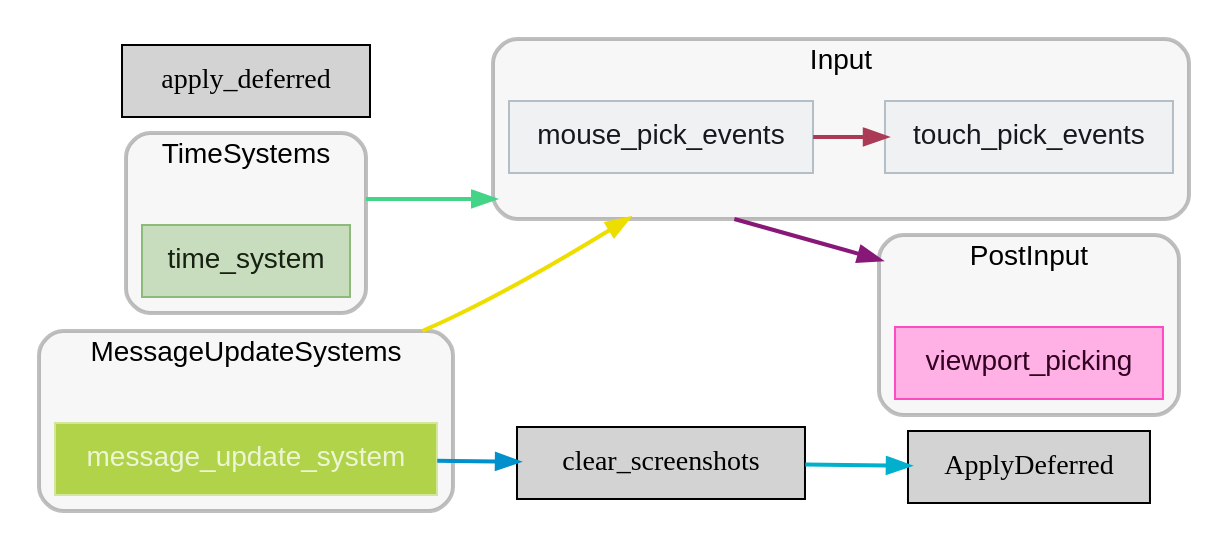
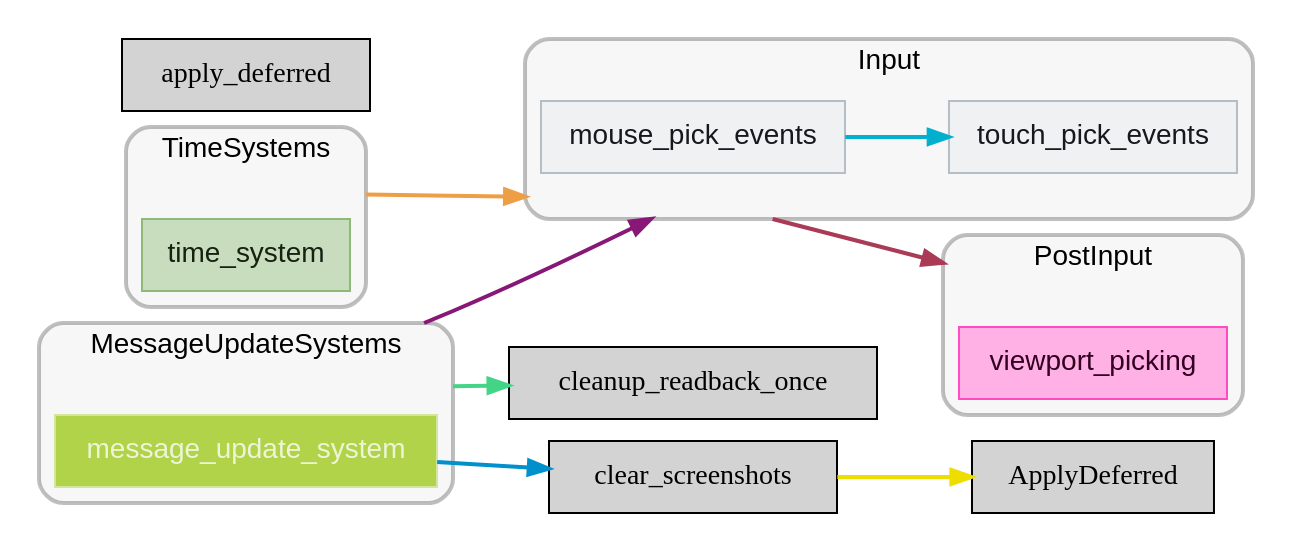
The diagram in docs/schedule/light/schedule_First.dot (jakobhellermann/bevy_mod_debugdump), drawn with Graphviz before and after one commit. The commit also changed 74 other files, not shown here.

```diff
--- a/docs/schedule/light/schedule_First.dot
+++ b/docs/schedule/light/schedule_First.dot
@@ -1,67 +1,69 @@
 digraph "" {
 	"compound"="true";
 	"splines"="spline";
 	"rankdir"="LR";
 	"bgcolor"="white";
 	"fontname"="Helvetica";
 	"nodesep"="0.15";
 	edge ["penwidth"="2"];
 	node ["shape"="box", "style"="filled"];
 	subgraph "clusternode_Set(SystemSetKey(2v1))" {
 		"style"="rounded,filled";
 		"label"="MessageUpdateSystems";
 		"tooltip"="MessageUpdateSystems";
 		"fillcolor"="#00000008";
 		"fontcolor"="#000000";
 		"color"="#00000040";
 		"penwidth"="2";
 		"set_marker_node_Set(SystemSetKey(2v1))" ["style"="invis", "label"="", "shape"="point"]
 		"node_System(SystemKey(1v1))" ["label"="message_update_system", "tooltip"="bevy_ecs::message::update::message_update_system", "fillcolor"="#b0d34a", "fontname"="Helvetica", "fontcolor"="#edf5d5", "color"="#d3e69c", "penwidth"="1"]
 	}
 	
 	subgraph "clusternode_Set(SystemSetKey(4v1))" {
 		"style"="rounded,filled";
 		"label"="TimeSystems";
 		"tooltip"="TimeSystems";
 		"fillcolor"="#00000008";
 		"fontcolor"="#000000";
 		"color"="#00000040";
 		"penwidth"="2";
 		"set_marker_node_Set(SystemSetKey(4v1))" ["style"="invis", "label"="", "shape"="point"]
 		"node_System(SystemKey(2v1))" ["label"="time_system", "tooltip"="bevy_time::time_system", "fillcolor"="#c7ddbd", "fontname"="Helvetica", "fontcolor"="#162111", "color"="#8dba79", "penwidth"="1"]
 	}
 	
-	subgraph "clusternode_Set(SystemSetKey(8v1))" {
+	subgraph "clusternode_Set(SystemSetKey(9v1))" {
 		"style"="rounded,filled";
 		"label"="PostInput";
 		"tooltip"="PostInput";
 		"fillcolor"="#00000008";
 		"fontcolor"="#000000";
 		"color"="#00000040";
 		"penwidth"="2";
-		"set_marker_node_Set(SystemSetKey(8v1))" ["style"="invis", "label"="", "shape"="point"]
-		"node_System(SystemKey(4v1))" ["label"="viewport_picking", "tooltip"="bevy_ui::widget::viewport::viewport_picking", "fillcolor"="#ffb1e5", "fontname"="Helvetica", "fontcolor"="#320021", "color"="#ff4bc2", "penwidth"="1"]
+		"set_marker_node_Set(SystemSetKey(9v1))" ["style"="invis", "label"="", "shape"="point"]
+		"node_System(SystemKey(5v1))" ["label"="viewport_picking", "tooltip"="bevy_ui::widget::viewport::viewport_picking", "fillcolor"="#ffb1e5", "fontname"="Helvetica", "fontcolor"="#320021", "color"="#ff4bc2", "penwidth"="1"]
 	}
 	
-	subgraph "clusternode_Set(SystemSetKey(10v1))" {
+	subgraph "clusternode_Set(SystemSetKey(11v1))" {
 		"style"="rounded,filled";
 		"label"="Input";
 		"tooltip"="Input";
 		"fillcolor"="#00000008";
 		"fontcolor"="#000000";
 		"color"="#00000040";
 		"penwidth"="2";
-		"set_marker_node_Set(SystemSetKey(10v1))" ["style"="invis", "label"="", "shape"="point"]
-		"node_System(SystemKey(5v1))" ["label"="mouse_pick_events", "tooltip"="bevy_picking::input::mouse_pick_events", "fillcolor"="#eff1f3", "fontname"="Helvetica", "fontcolor"="#15191d", "color"="#b4bec7", "penwidth"="1"]
-		"node_System(SystemKey(6v1))" ["label"="touch_pick_events", "tooltip"="bevy_picking::input::touch_pick_events", "fillcolor"="#eff1f3", "fontname"="Helvetica", "fontcolor"="#15191d", "color"="#b4bec7", "penwidth"="1"]
+		"set_marker_node_Set(SystemSetKey(11v1))" ["style"="invis", "label"="", "shape"="point"]
+		"node_System(SystemKey(6v1))" ["label"="mouse_pick_events", "tooltip"="bevy_picking::input::mouse_pick_events", "fillcolor"="#eff1f3", "fontname"="Helvetica", "fontcolor"="#15191d", "color"="#b4bec7", "penwidth"="1"]
+		"node_System(SystemKey(7v1))" ["label"="touch_pick_events", "tooltip"="bevy_picking::input::touch_pick_events", "fillcolor"="#eff1f3", "fontname"="Helvetica", "fontcolor"="#15191d", "color"="#b4bec7", "penwidth"="1"]
 	}
 	
 	"node_System(SystemKey(3v1))" ["label"="clear_screenshots", "tooltip"="bevy_render::view::window::screenshot::clear_screenshots"]
-	"node_System(SystemKey(7v1))" ["label"="apply_deferred", "tooltip"="bevy_ecs::apply_deferred"]
-	"set_marker_node_Set(SystemSetKey(2v1))" -> "set_marker_node_Set(SystemSetKey(10v1))" ["lhead"="clusternode_Set(SystemSetKey(10v1))", "ltail"="clusternode_Set(SystemSetKey(2v1))", "tooltip"="MessageUpdateSystems → Input", "color"="#eede00"]
-	"set_marker_node_Set(SystemSetKey(10v1))" -> "set_marker_node_Set(SystemSetKey(8v1))" ["lhead"="clusternode_Set(SystemSetKey(8v1))", "ltail"="clusternode_Set(SystemSetKey(10v1))", "tooltip"="Input → PostInput", "color"="#881877"]
-	"node_System(SystemKey(3v1))" -> "ApplyDeferred" ["lhead"="", "ltail"="", "tooltip"="clear_screenshots → SystemTypeSet:bevy_ecs::schedule::executor::ApplyDeferred", "color"="#00b0cc"]
-	"node_System(SystemKey(5v1))" -> "node_System(SystemKey(6v1))" ["lhead"="", "ltail"="", "tooltip"="mouse_pick_events → touch_pick_events", "color"="#aa3a55"]
-	"set_marker_node_Set(SystemSetKey(4v1))" -> "set_marker_node_Set(SystemSetKey(10v1))" ["lhead"="clusternode_Set(SystemSetKey(10v1))", "ltail"="clusternode_Set(SystemSetKey(4v1))", "tooltip"="TimeSystems → Input", "color"="#44d488"]
+	"node_System(SystemKey(4v1))" ["label"="cleanup_readback_once", "tooltip"="bevy_render::gpu_readback::cleanup_readback_once"]
+	"node_System(SystemKey(8v1))" ["label"="apply_deferred", "tooltip"="bevy_ecs::apply_deferred"]
+	"node_System(SystemKey(3v1))" -> "ApplyDeferred" ["lhead"="", "ltail"="", "tooltip"="clear_screenshots → SystemTypeSet:bevy_ecs::schedule::executor::ApplyDeferred", "color"="#eede00"]
+	"set_marker_node_Set(SystemSetKey(2v1))" -> "set_marker_node_Set(SystemSetKey(11v1))" ["lhead"="clusternode_Set(SystemSetKey(11v1))", "ltail"="clusternode_Set(SystemSetKey(2v1))", "tooltip"="MessageUpdateSystems → Input", "color"="#881877"]
+	"node_System(SystemKey(6v1))" -> "node_System(SystemKey(7v1))" ["lhead"="", "ltail"="", "tooltip"="mouse_pick_events → touch_pick_events", "color"="#00b0cc"]
+	"set_marker_node_Set(SystemSetKey(11v1))" -> "set_marker_node_Set(SystemSetKey(9v1))" ["lhead"="clusternode_Set(SystemSetKey(9v1))", "ltail"="clusternode_Set(SystemSetKey(11v1))", "tooltip"="Input → PostInput", "color"="#aa3a55"]
+	"set_marker_node_Set(SystemSetKey(2v1))" -> "node_System(SystemKey(4v1))" ["lhead"="", "ltail"="clusternode_Set(SystemSetKey(2v1))", "tooltip"="MessageUpdateSystems → cleanup_readback_once", "color"="#44d488"]
 	"node_System(SystemKey(1v1))" -> "node_System(SystemKey(3v1))" ["lhead"="", "ltail"="", "tooltip"="SystemTypeSet:bevy_ecs::message::update::message_update_system → clear_screenshots", "color"="#0090cc"]
+	"set_marker_node_Set(SystemSetKey(4v1))" -> "set_marker_node_Set(SystemSetKey(11v1))" ["lhead"="clusternode_Set(SystemSetKey(11v1))", "ltail"="clusternode_Set(SystemSetKey(4v1))", "tooltip"="TimeSystems → Input", "color"="#ee9e44"]
 }
```
